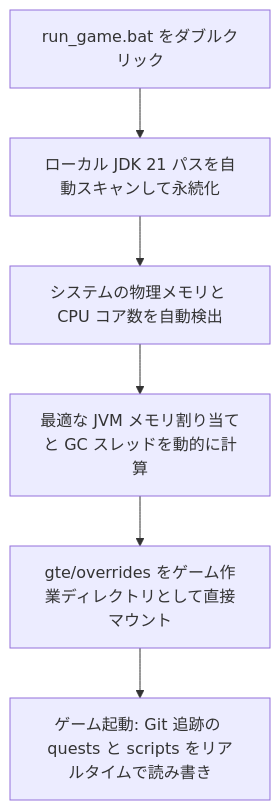
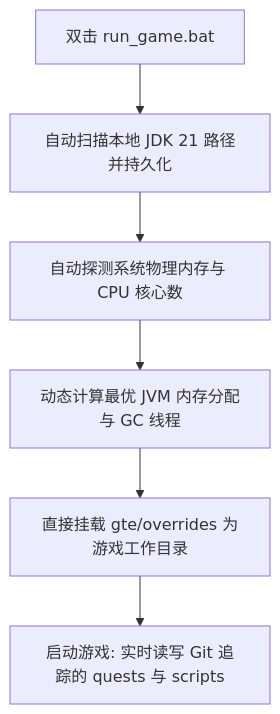
One commit to takanashisatou/GregtechEasy changed the diagram in docs/ja/development/runtime-and-launchers.md. Above: the diagram before and after it, drawn with Mermaid. The commit also changed other lines of this file and 144 other files, not shown here.

````diff
--- a/docs/ja/development/runtime-and-launchers.md
+++ b/docs/ja/development/runtime-and-launchers.md
@@ -11,8 +11,8 @@
 ```mermaid
 graph TD
-    A[run_game.bat をダブルクリック] --> B[ローカル JDK 21 パスを自動スキャンして永続化]
-    B --> C[システムの物理メモリと CPU コア数を自動検出]
-    C --> D[最適な JVM メモリ割り当てと GC スレッドを動的に計算]
-    D --> E[gte/overrides をゲーム作業ディレクトリとして直接マウント]
-    E --> F[ゲーム起動: Git 追跡の quests と scripts をリアルタイムで読み書き]
+    A[双击 run_game.bat] --> B[自动扫描本地 JDK 21 路径并持久化]
+    B --> C[自动探测系统物理内存与 CPU 核心数]
+    C --> D[动态计算最优 JVM 内存分配与 GC 线程]
+    D --> E[直接挂载 gte/overrides 为游戏工作目录]
+    E --> F[启动游戏: 实时读写 Git 追踪的 quests 与 scripts]
 ```
````
